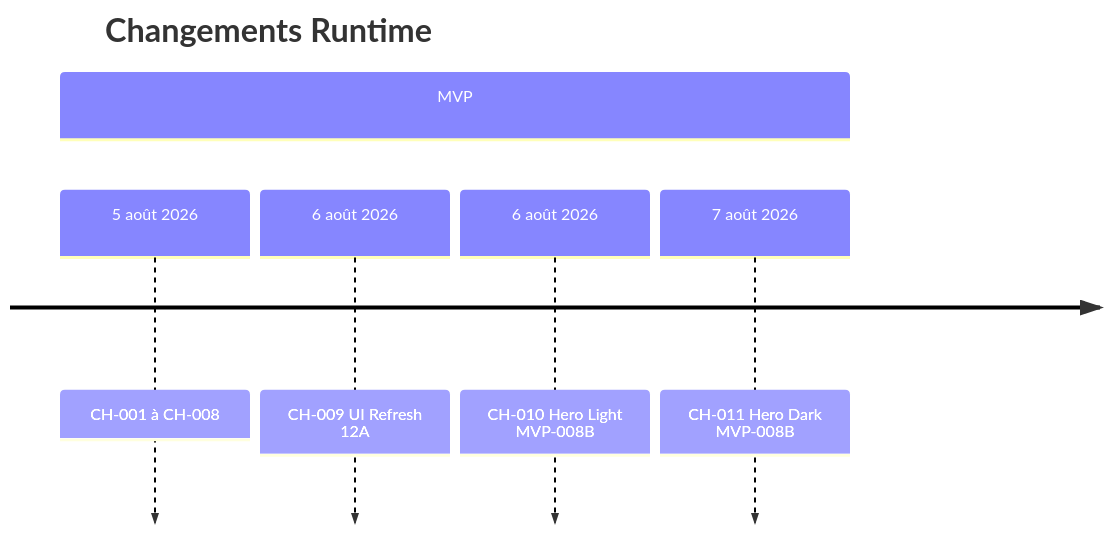
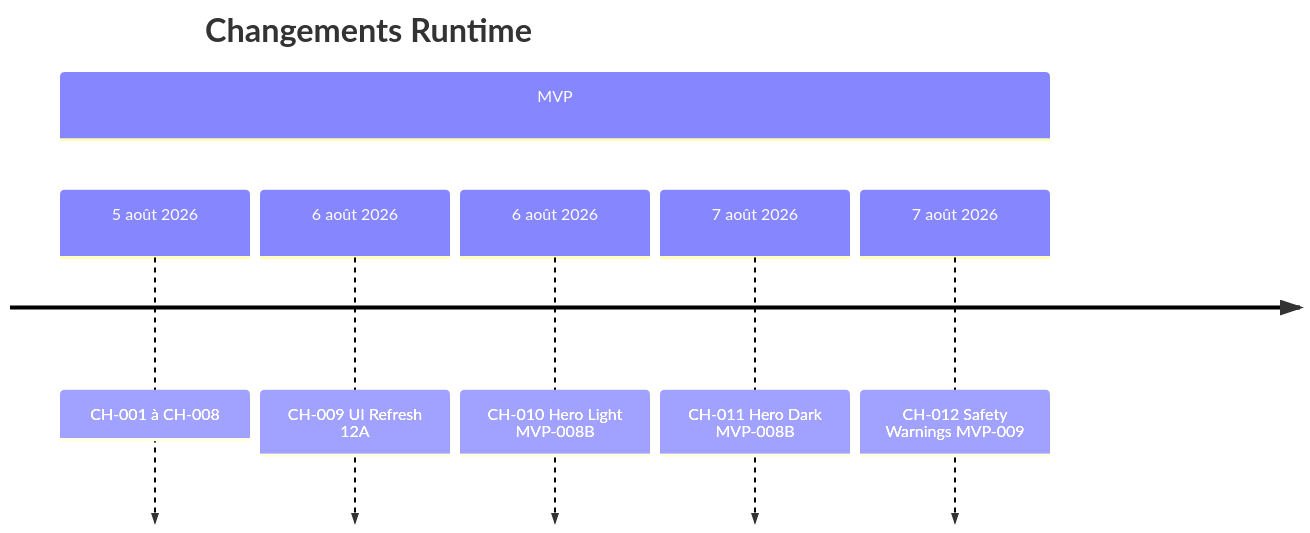
The diagram in docs/runtime/17_CHANGE_HISTORY.md (JavaChrist/Tai-Chi-AI-Coach), drawn with Mermaid before and after one commit. The commit also changed other lines of this file and 22 other files, not shown here.

First line of the commit message:
feat(safety): complete MVP-009 practice safety warnings

````diff
--- a/docs/runtime/17_CHANGE_HISTORY.md
+++ b/docs/runtime/17_CHANGE_HISTORY.md
@@ -46,9 +47,10 @@
 ```mermaid
 timeline
   title Changements Runtime
   section MVP
     5 août 2026 : CH-001 à CH-008
     6 août 2026 : CH-009 UI Refresh 12A
     6 août 2026 : CH-010 Hero Light MVP-008B
     7 août 2026 : CH-011 Hero Dark MVP-008B
+    7 août 2026 : CH-012 Safety Warnings MVP-009
 ```
````
